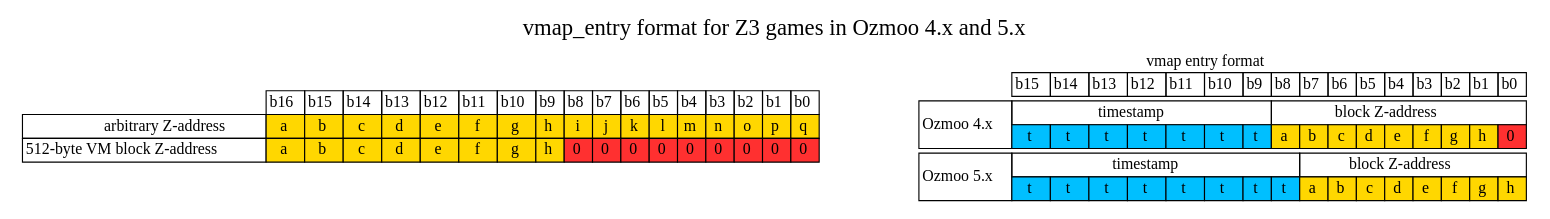
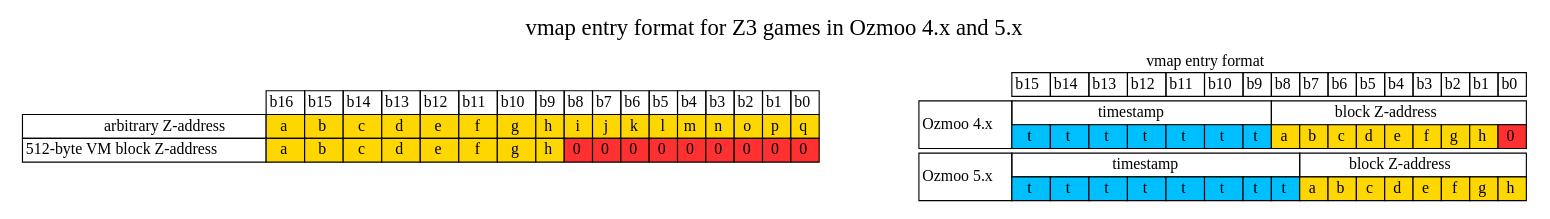
The diagram in documentation/techdocs/vm-address.dot (ZornsLemma/ozmoo), drawn with Graphviz before and after one commit. The commit also changed 2 other files, not shown here.

Commit message:
Tweak .dot diagram, manually hack output
My graphviz skills aren't up to getting it to do this for me...

```diff
--- a/documentation/techdocs/vm-address.dot
+++ b/documentation/techdocs/vm-address.dot
@@ -1,150 +1,150 @@
 digraph memory {
-    graph [nodesep=1, label="vmap_entry format for Z3 games in Ozmoo 4.x and 5.x", fontsize=20, labelloc=t];
+    graph [nodesep=1, label="vmap entry format for Z3 games in Ozmoo 4.x and 5.x", fontsize=20, labelloc=t];
     forcelabels=true;
     node [shape=plaintext];
     rankdir=TB;
 
 zaddress [label=<
     <table border="0" cellborder="1" cellspacing="0">
         <tr>
 	    <td border="0"></td>
 	    <td>b16</td>
 	    <td>b15</td>
 	    <td>b14</td>
 	    <td>b13</td>
 	    <td>b12</td>
 	    <td>b11</td>
 	    <td>b10</td>
 	    <td>b9</td>
 	    <td>b8</td>
 	    <td>b7</td>
 	    <td>b6</td>
 	    <td>b5</td>
 	    <td>b4</td>
 	    <td>b3</td>
 	    <td>b2</td>
 	    <td>b1</td>
 	    <td>b0</td>
 	</tr>
 	<tr>
 	    <td align="right">arbitrary Z-address</td>
 	    <td bgcolor="gold1">a</td>
 	    <td bgcolor="gold1">b</td>
 	    <td bgcolor="gold1">c</td>
 	    <td bgcolor="gold1">d</td>
 	    <td bgcolor="gold1">e</td>
 	    <td bgcolor="gold1">f</td>
 	    <td bgcolor="gold1">g</td>
 	    <td bgcolor="gold1">h</td>
 	    <td bgcolor="gold1">i</td>
 	    <td bgcolor="gold1">j</td>
 	    <td bgcolor="gold1">k</td>
 	    <td bgcolor="gold1">l</td>
 	    <td bgcolor="gold1">m</td>
 	    <td bgcolor="gold1">n</td>
 	    <td bgcolor="gold1">o</td>
 	    <td bgcolor="gold1">p</td>
 	    <td bgcolor="gold1">q</td>
 	</tr>
 	<tr>
 	    <td align="right">512-byte VM block Z-address</td>
 	    <td bgcolor="gold1">a</td>
 	    <td bgcolor="gold1">b</td>
 	    <td bgcolor="gold1">c</td>
 	    <td bgcolor="gold1">d</td>
 	    <td bgcolor="gold1">e</td>
 	    <td bgcolor="gold1">f</td>
 	    <td bgcolor="gold1">g</td>
 	    <td bgcolor="gold1">h</td>
 	    <td bgcolor="firebrick1">0</td>
 	    <td bgcolor="firebrick1">0</td>
 	    <td bgcolor="firebrick1">0</td>
 	    <td bgcolor="firebrick1">0</td>
 	    <td bgcolor="firebrick1">0</td>
 	    <td bgcolor="firebrick1">0</td>
 	    <td bgcolor="firebrick1">0</td>
 	    <td bgcolor="firebrick1">0</td>
 	    <td bgcolor="firebrick1">0</td>
 	</tr>
     </table>>];
 
     vmap [label=<
     <table border="0" cellborder="1" cellspacing="0">
 	<tr>
 	    <td colspan="17" border="0">vmap entry format</td>
 	</tr>
 	<tr>
 	    <td border="0"></td>
 	    <td>b15</td>
 	    <td>b14</td>
 	    <td>b13</td>
 	    <td>b12</td>
 	    <td>b11</td>
 	    <td>b10</td>
 	    <td>b9</td>
 	    <td>b8</td>
 	    <td>b7</td>
 	    <td>b6</td>
 	    <td>b5</td>
 	    <td>b4</td>
 	    <td>b3</td>
 	    <td>b2</td>
 	    <td>b1</td>
 	    <td>b0</td>
 	</tr>
 	<tr cellspacing="10">
 	    <td colspan="17" border="0"></td>
 	</tr>
 	<tr>
 	    <td rowspan="2">Ozmoo 4.x</td>
 	    <td colspan="7">timestamp</td>
 	    <td colspan="9">block Z-address</td>
 	</tr>
 	<tr>
 	    <td bgcolor="deepskyblue1">t</td>
 	    <td bgcolor="deepskyblue1">t</td>
 	    <td bgcolor="deepskyblue1">t</td>
 	    <td bgcolor="deepskyblue1">t</td>
 	    <td bgcolor="deepskyblue1">t</td>
 	    <td bgcolor="deepskyblue1">t</td>
 	    <td bgcolor="deepskyblue1">t</td>
 	    <td bgcolor="gold1">a</td>
 	    <td bgcolor="gold1">b</td>
 	    <td bgcolor="gold1">c</td>
 	    <td bgcolor="gold1">d</td>
 	    <td bgcolor="gold1">e</td>
 	    <td bgcolor="gold1">f</td>
 	    <td bgcolor="gold1">g</td>
 	    <td bgcolor="gold1">h</td>
 	    <td bgcolor="firebrick1">0</td>
 	</tr>
 	<tr cellspacing="10">
 	    <td colspan="17" border="0"></td>
 	</tr>
 	<tr>
 	    <td rowspan="2">Ozmoo 5.x</td>
 	    <td colspan="8">timestamp</td>
 	    <td colspan="8">block Z-address</td>
 	</tr>
 	<tr>
 	    <td bgcolor="deepskyblue1">t</td>
 	    <td bgcolor="deepskyblue1">t</td>
 	    <td bgcolor="deepskyblue1">t</td>
 	    <td bgcolor="deepskyblue1">t</td>
 	    <td bgcolor="deepskyblue1">t</td>
 	    <td bgcolor="deepskyblue1">t</td>
 	    <td bgcolor="deepskyblue1">t</td>
 	    <td bgcolor="deepskyblue1">t</td>
 	    <td bgcolor="gold1">a</td>
 	    <td bgcolor="gold1">b</td>
 	    <td bgcolor="gold1">c</td>
 	    <td bgcolor="gold1">d</td>
 	    <td bgcolor="gold1">e</td>
 	    <td bgcolor="gold1">f</td>
 	    <td bgcolor="gold1">g</td>
 	    <td bgcolor="gold1">h</td>
 	</tr>
     </table>>];
 }
 
 # vi: sw=4 sts=4
```
